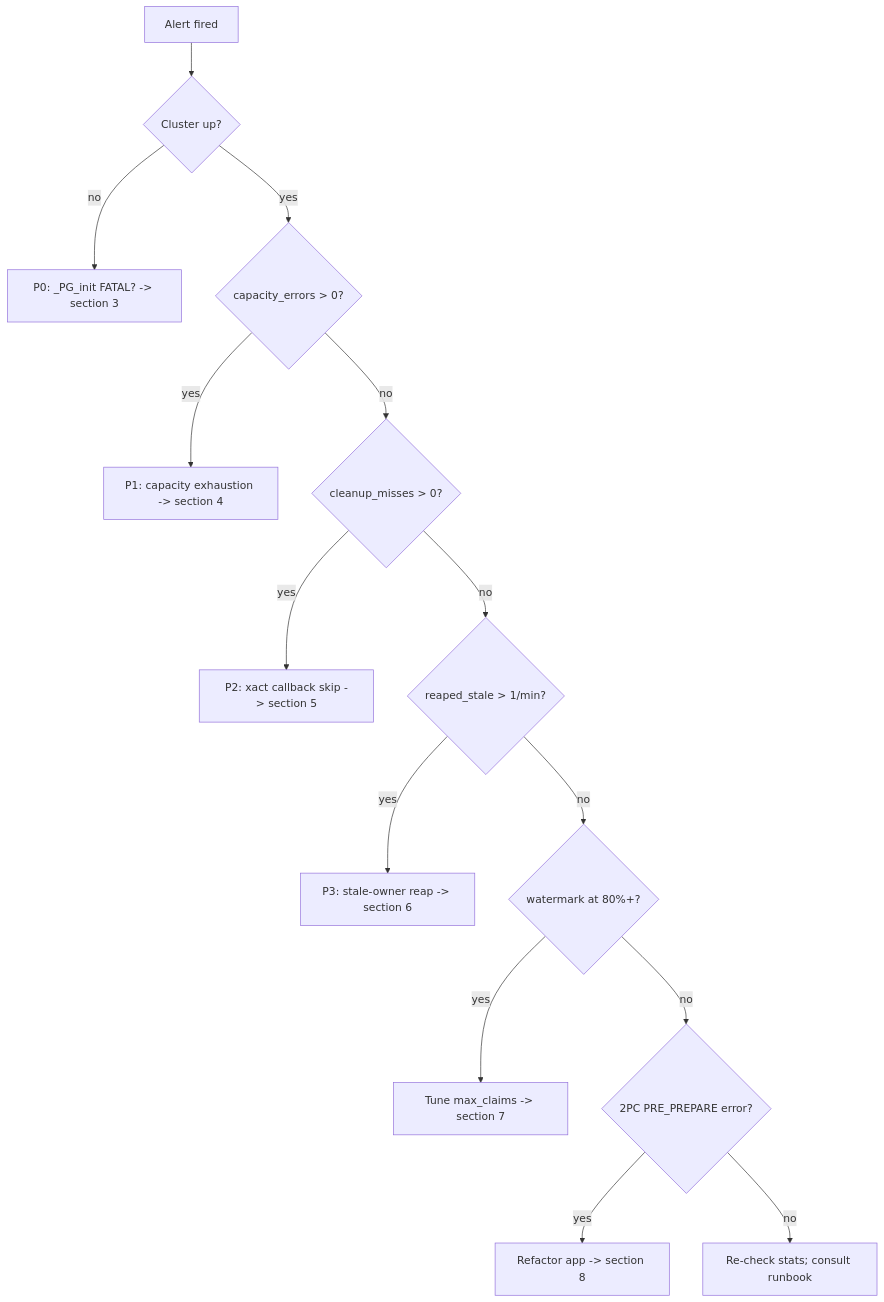
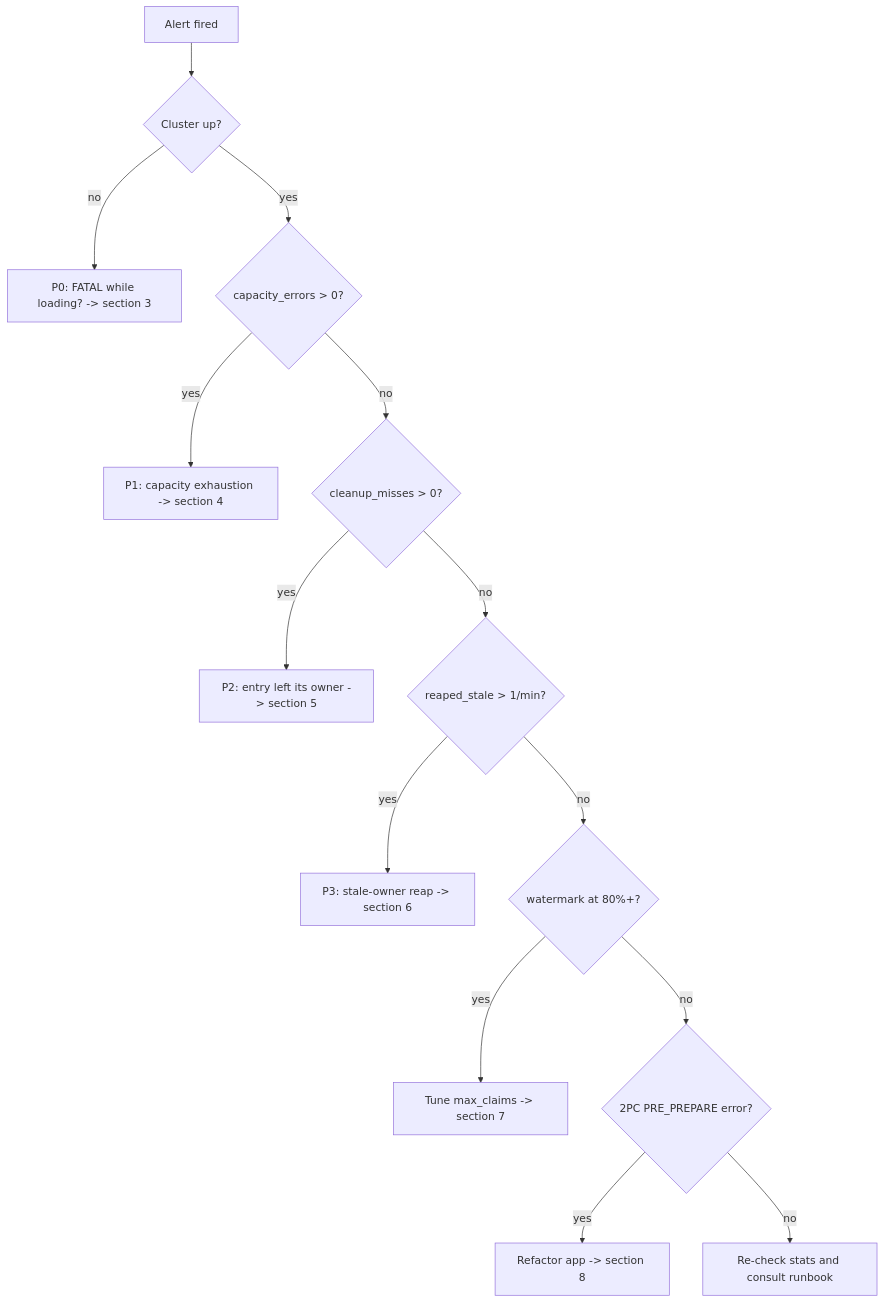
The first of 2 diagrams in docs/incident-decision-tree_en.md (Fenoman/pg_xclaim), drawn with Mermaid before and after one commit. The commit also changed other lines of this file and 104 other files, not shown here.

````diff
--- a/docs/incident-decision-tree_en.md
+++ b/docs/incident-decision-tree_en.md
@@ -37,16 +37,16 @@
 ```mermaid
 flowchart TD
     A[Alert fired] --> B{Cluster up?}
-    B -- "no" --> P0[P0: _PG_init FATAL? -> section 3]
+    B -- "no" --> P0["P0: FATAL while loading? -> section 3"]
     B -- "yes" --> C{capacity_errors > 0?}
     C -- "yes" --> P1[P1: capacity exhaustion -> section 4]
     C -- "no" --> D{cleanup_misses > 0?}
-    D -- "yes" --> P2[P2: xact callback skip -> section 5]
+    D -- "yes" --> P2[P2: entry left its owner -> section 5]
     D -- "no" --> E{reaped_stale > 1/min?}
     E -- "yes" --> P3[P3: stale-owner reap -> section 6]
     E -- "no" --> F{watermark at 80%+?}
     F -- "yes" --> WM[Tune max_claims -> section 7]
     F -- "no" --> G{2PC PRE_PREPARE error?}
     G -- "yes" --> PR[Refactor app -> section 8]
-    G -- "no" --> X[Re-check stats; consult runbook]
+    G -- "no" --> X[Re-check stats and consult runbook]
 ```
````
